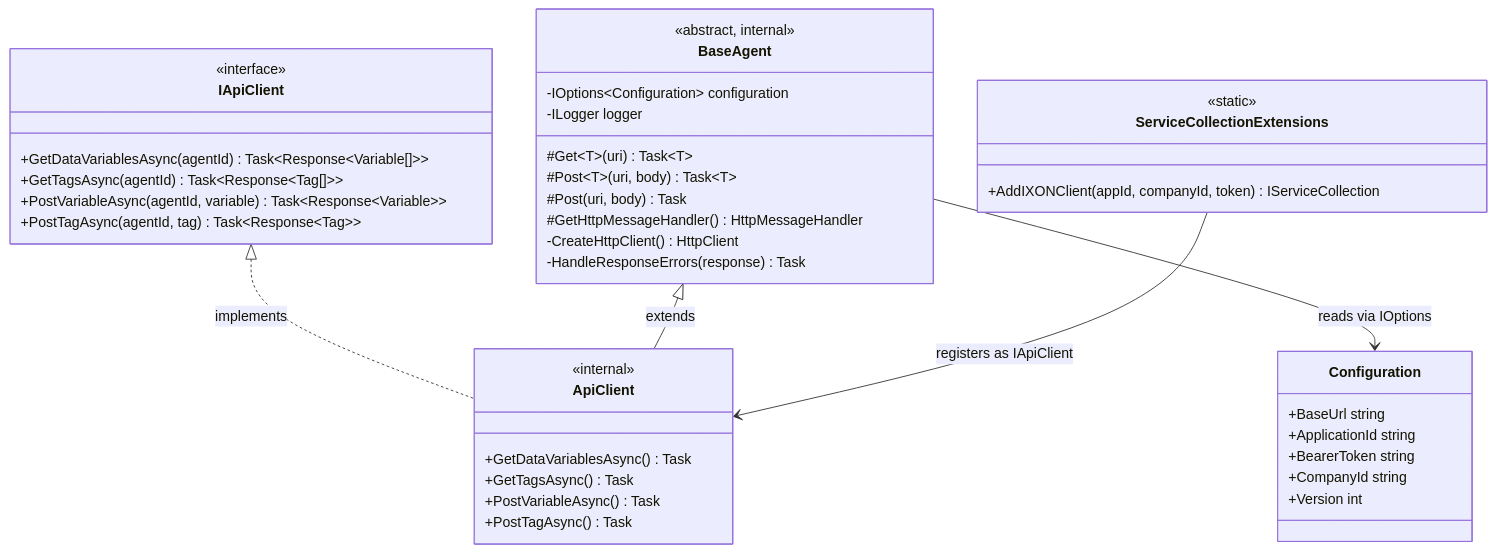
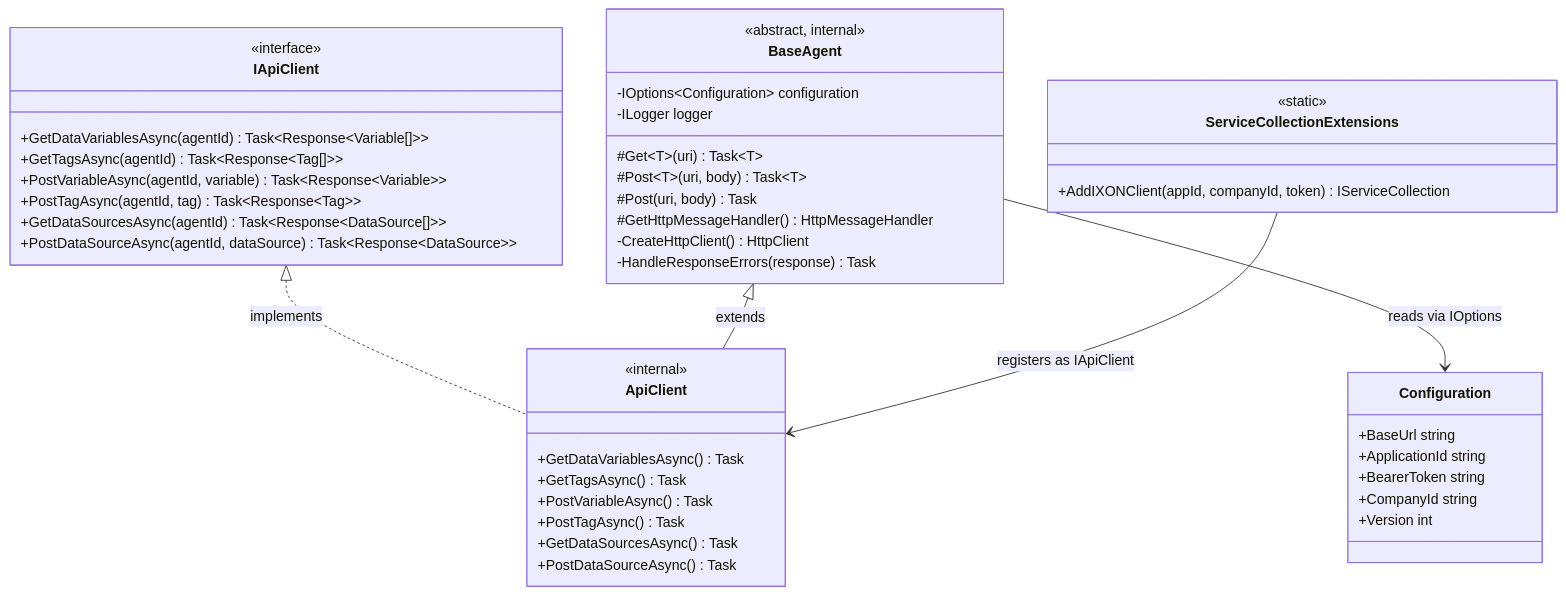
One commit to Rebel-it/rebel-ot-discover-edgeapp changed the third of 4 diagrams in docs/05_building_block_view.adoc. Above: the diagram before and after it, drawn with Mermaid. The commit also changed other lines of this file and 7 other files, not shown here.

Commit message:
Update documentation to reflect changes in data source handling: clarify prompt values in getting started guide, update IXON Source Public ID to Data Source ID, and adjust references throughout the documentation.

```diff
--- a/docs/05_building_block_view.adoc
+++ b/docs/05_building_block_view.adoc
@@ -118,49 +119,53 @@
 [mermaid]
 ....
 classDiagram
     class IApiClient {
         <<interface>>
         +GetDataVariablesAsync(agentId) Task~Response~Variable[]~~
         +GetTagsAsync(agentId) Task~Response~Tag[]~~
         +PostVariableAsync(agentId, variable) Task~Response~Variable~~
         +PostTagAsync(agentId, tag) Task~Response~Tag~~
+        +GetDataSourcesAsync(agentId) Task~Response~DataSource[]~~
+        +PostDataSourceAsync(agentId, dataSource) Task~Response~DataSource~~
     }
 
     class BaseAgent {
         <<abstract, internal>>
         -IOptions~Configuration~ configuration
         -ILogger logger
         #Get~T~(uri) Task~T~
         #Post~T~(uri, body) Task~T~
         #Post(uri, body) Task
         #GetHttpMessageHandler() HttpMessageHandler
         -CreateHttpClient() HttpClient
         -HandleResponseErrors(response) Task
     }
 
     class ApiClient {
         <<internal>>
         +GetDataVariablesAsync() Task
         +GetTagsAsync() Task
         +PostVariableAsync() Task
         +PostTagAsync() Task
+        +GetDataSourcesAsync() Task
+        +PostDataSourceAsync() Task
     }
 
     class Configuration {
         +BaseUrl string
         +ApplicationId string
         +BearerToken string
         +CompanyId string
         +Version int
     }
 
     class ServiceCollectionExtensions {
         <<static>>
         +AddIXONClient(appId, companyId, token) IServiceCollection
     }
 
     IApiClient <|.. ApiClient : implements
     BaseAgent <|-- ApiClient : extends
     BaseAgent --> Configuration : reads via IOptions
     ServiceCollectionExtensions --> ApiClient : registers as IApiClient
 ....
```
